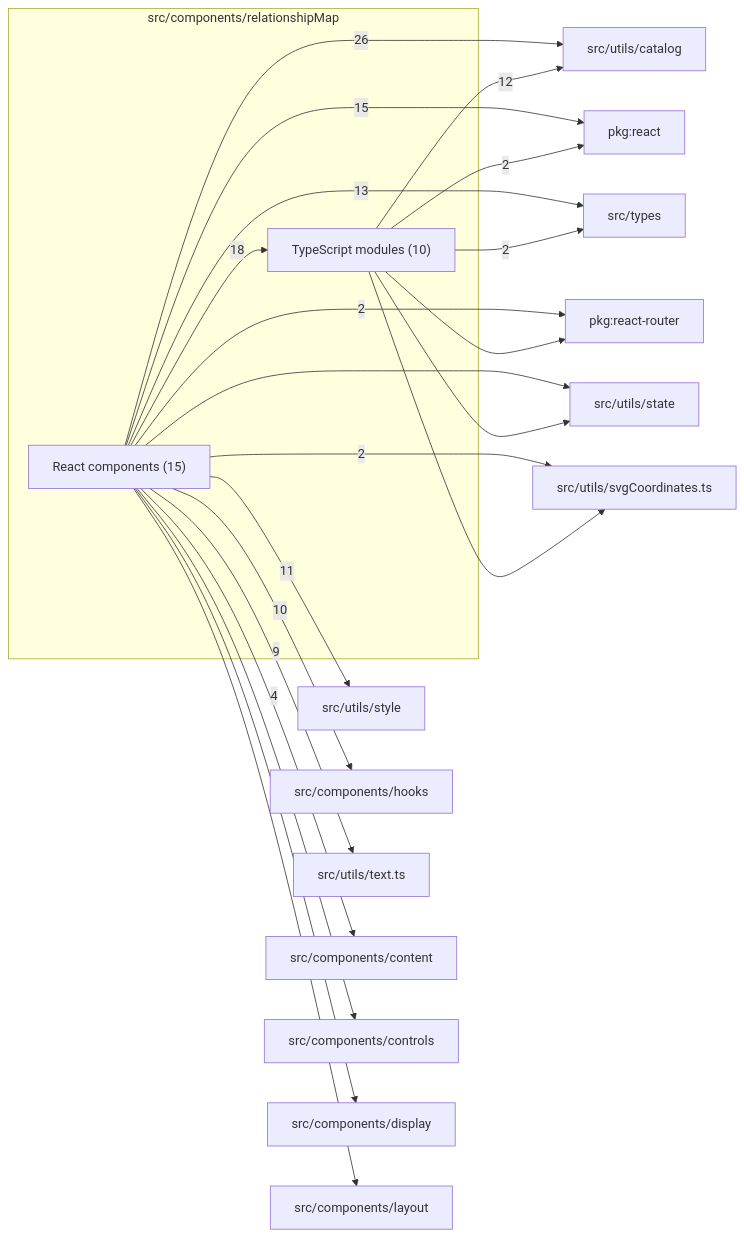
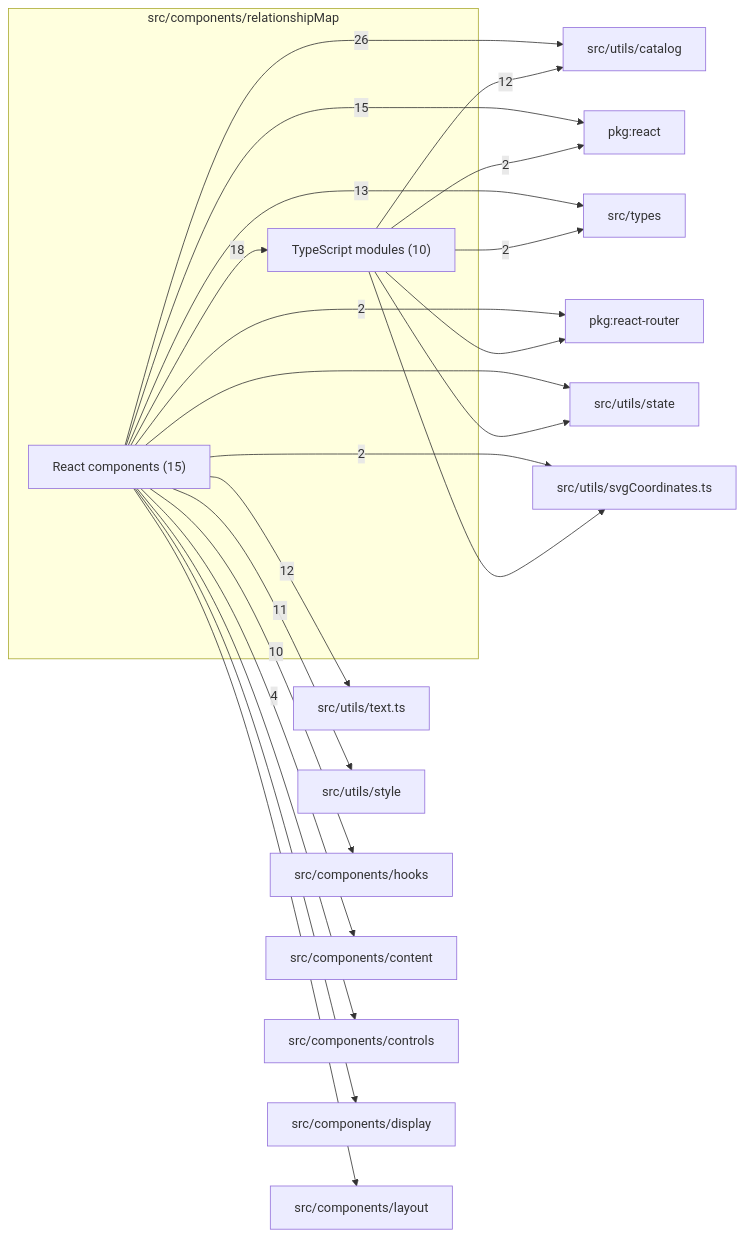
The diagram in src/components/relationshipMap/readme.md (ronbuening/LensVisualizer), drawn with Mermaid before and after one commit. The commit also changed other lines of this file and 134 other files, not shown here.

````diff
--- a/src/components/relationshipMap/readme.md
+++ b/src/components/relationshipMap/readme.md
@@ -9,40 +9,40 @@
 ```mermaid
 flowchart LR
   subgraph n_src_components_relationshipMap["src/components/relationshipMap"]
     n_src_components_relationshipMap_React_components["React components (15)"]
     n_src_components_relationshipMap_TypeScript_modules["TypeScript modules (10)"]
   end
   n_external_src_utils_catalog["src/utils/catalog"]
   n_external_pkg_react["pkg:react"]
   n_external_src_types["src/types"]
+  n_external_src_utils_text_ts["src/utils/text.ts"]
   n_external_src_utils_style["src/utils/style"]
   n_external_src_components_hooks["src/components/hooks"]
-  n_external_src_utils_text_ts["src/utils/text.ts"]
   n_external_src_components_content["src/components/content"]
   n_external_pkg_react_router["pkg:react-router"]
   n_external_src_utils_svgCoordinates_ts["src/utils/svgCoordinates.ts"]
   n_external_src_components_controls["src/components/controls"]
   n_external_src_components_display["src/components/display"]
   n_external_src_components_layout["src/components/layout"]
   n_external_src_utils_state["src/utils/state"]
   n_src_components_relationshipMap_React_components --> |26| n_external_src_utils_catalog
   n_src_components_relationshipMap_React_components --> |18| n_src_components_relationshipMap_TypeScript_modules
   n_src_components_relationshipMap_React_components --> |15| n_external_pkg_react
   n_src_components_relationshipMap_React_components --> |13| n_external_src_types
   n_src_components_relationshipMap_TypeScript_modules --> |12| n_external_src_utils_catalog
+  n_src_components_relationshipMap_React_components --> |12| n_external_src_utils_text_ts
   n_src_components_relationshipMap_React_components --> |11| n_external_src_utils_style
   n_src_components_relationshipMap_React_components --> |10| n_external_src_components_hooks
-  n_src_components_relationshipMap_React_components --> |9| n_external_src_utils_text_ts
   n_src_components_relationshipMap_React_components --> |4| n_external_src_components_content
   n_src_components_relationshipMap_TypeScript_modules --> |2| n_external_pkg_react
   n_src_components_relationshipMap_React_components --> |2| n_external_pkg_react_router
   n_src_components_relationshipMap_TypeScript_modules --> |2| n_external_src_types
   n_src_components_relationshipMap_React_components --> |2| n_external_src_utils_svgCoordinates_ts
   n_src_components_relationshipMap_TypeScript_modules --> n_external_pkg_react_router
   n_src_components_relationshipMap_React_components --> n_external_src_components_controls
   n_src_components_relationshipMap_React_components --> n_external_src_components_display
   n_src_components_relationshipMap_React_components --> n_external_src_components_layout
   n_src_components_relationshipMap_React_components --> n_external_src_utils_state
   n_src_components_relationshipMap_TypeScript_modules --> n_external_src_utils_state
   n_src_components_relationshipMap_TypeScript_modules --> n_external_src_utils_svgCoordinates_ts
 ```
````
